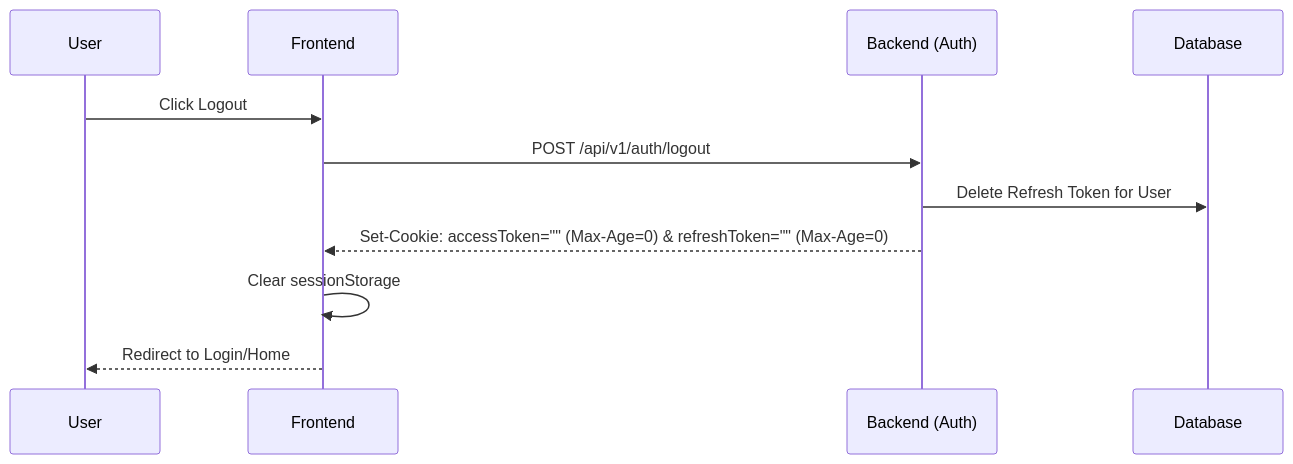
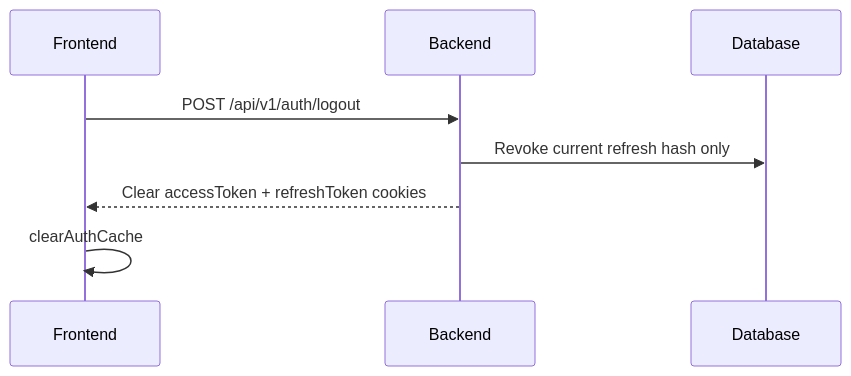
Before and after one commit to kazama679/project-showroom-porsche: the fourth of 4 diagrams in docs/jwt-auth-flow.md, drawn with Mermaid. The commit also changed other lines of this file and 316 other files, not shown here.

````diff
--- a/docs/jwt-auth-flow.md
+++ b/docs/jwt-auth-flow.md
@@ -83,14 +147,11 @@
 ```mermaid
 sequenceDiagram
-    participant User
     participant Frontend
-    participant Backend (Auth)
+    participant Backend
     participant Database
 
-    User->>Frontend: Click Logout
-    Frontend->>Backend (Auth): POST /api/v1/auth/logout
-    Backend (Auth)->>Database: Delete Refresh Token for User
-    Backend (Auth)-->>Frontend: Set-Cookie: accessToken="" (Max-Age=0) & refreshToken="" (Max-Age=0)
-    Frontend->>Frontend: Clear sessionStorage
-    Frontend-->>User: Redirect to Login/Home
+    Frontend->>Backend: POST /api/v1/auth/logout
+    Backend->>Database: Revoke current refresh hash only
+    Backend-->>Frontend: Clear accessToken + refreshToken cookies
+    Frontend->>Frontend: clearAuthCache
 ```
````
